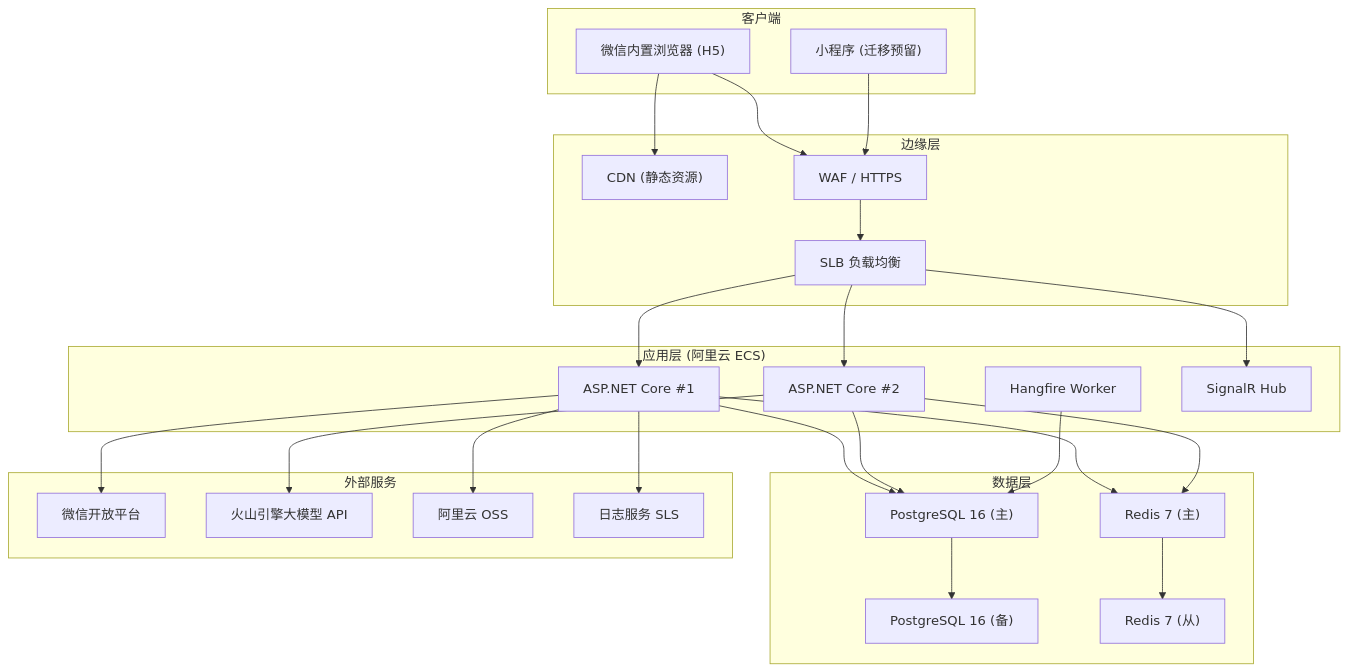
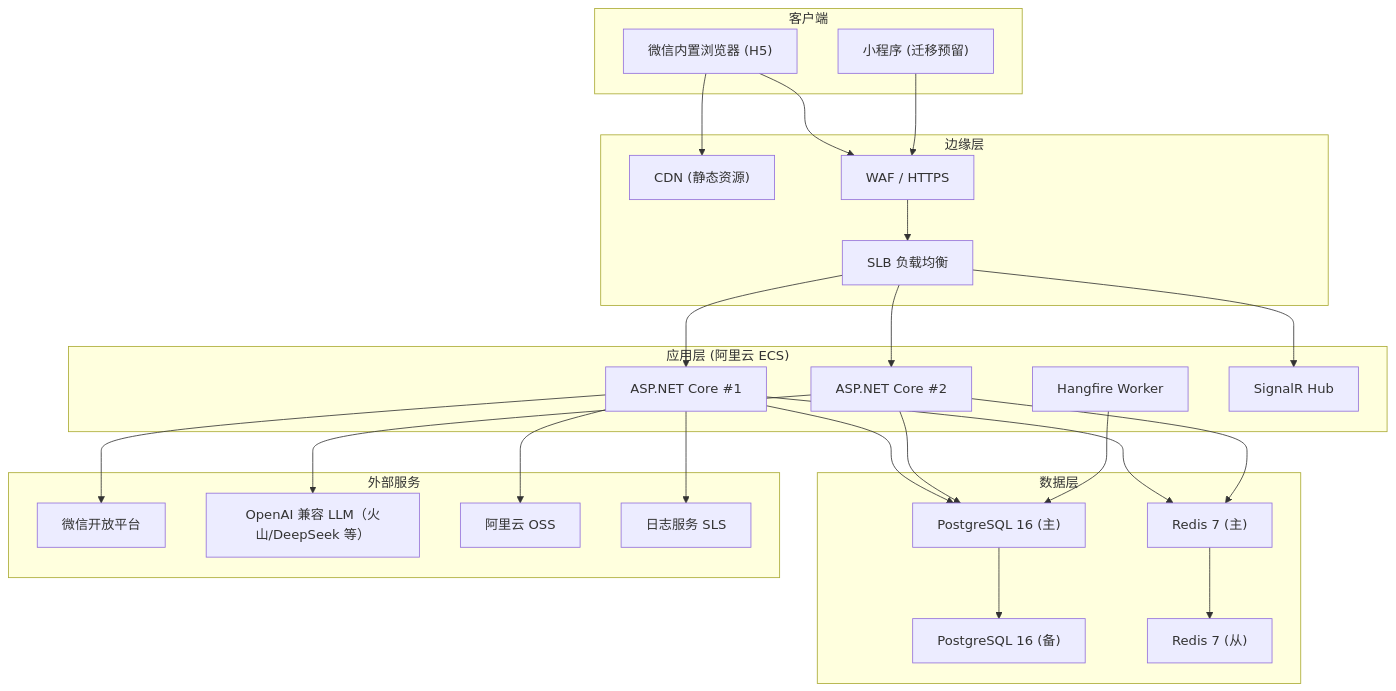
One commit to LoongBa/XiaoShuTong changed the diagram in docs/D04-部署架构与运维设计.md. Above: the diagram before and after it, drawn with Mermaid. The commit also changed other lines of this file and 16 other files, not shown here.

Commit message:
docs: 群组化重构+内测邀请机制+UI文档合并（PRD V3.1.3 / UI V2.2 / D02 V1.4 / D03 V1.3 / 战略 V1.1 / LLM OpenAI兼容）

````diff
--- a/docs/D04-部署架构与运维设计.md
+++ b/docs/D04-部署架构与运维设计.md
@@ -38,52 +40,52 @@
 ```mermaid
 graph TB
     subgraph Client["客户端"]
         WX["微信内置浏览器 (H5)"]
         APP["小程序 (迁移预留)"]
     end
 
     subgraph Edge["边缘层"]
         CDN["CDN (静态资源)"]
         WAF["WAF / HTTPS"]
         SLB["SLB 负载均衡"]
     end
 
     subgraph App["应用层 (阿里云 ECS)"]
         API1["ASP.NET Core #1"]
         API2["ASP.NET Core #2"]
         HANGFIRE["Hangfire Worker"]
         SIGNALR["SignalR Hub"]
     end
 
     subgraph Data["数据层"]
         PG["PostgreSQL 16 (主)"]
         PGREPL["PostgreSQL 16 (备)"]
         REDIS["Redis 7 (主)"]
         REDISREPL["Redis 7 (从)"]
     end
 
     subgraph External["外部服务"]
         WECHAT["微信开放平台"]
-        VOLC["火山引擎大模型 API"]
+        VOLC["OpenAI 兼容 LLM（火山/DeepSeek 等）"]
         OSS["阿里云 OSS"]
         SLS["日志服务 SLS"]
     end
 
     WX --> CDN
     WX --> WAF --> SLB
     APP --> WAF
     SLB --> API1
     SLB --> API2
     SLB --> SIGNALR
     API1 --> PG
     API2 --> PG
     HANGFIRE --> PG
     PG --> PGREPL
     API1 --> REDIS
     API2 --> REDIS
     REDIS --> REDISREPL
     API1 --> WECHAT
     API2 --> VOLC
     API1 --> OSS
     API1 --> SLS
 ```
````
